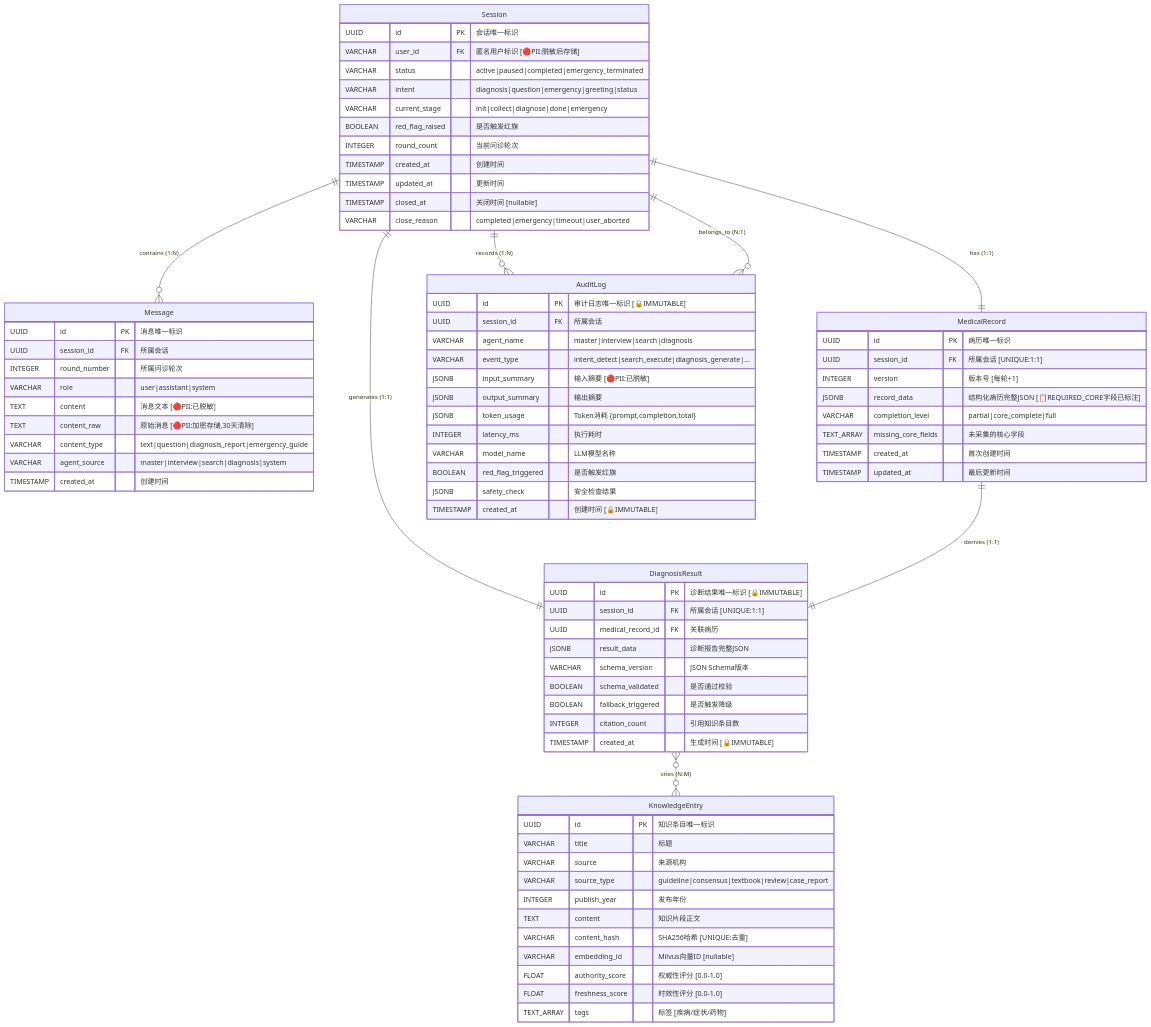
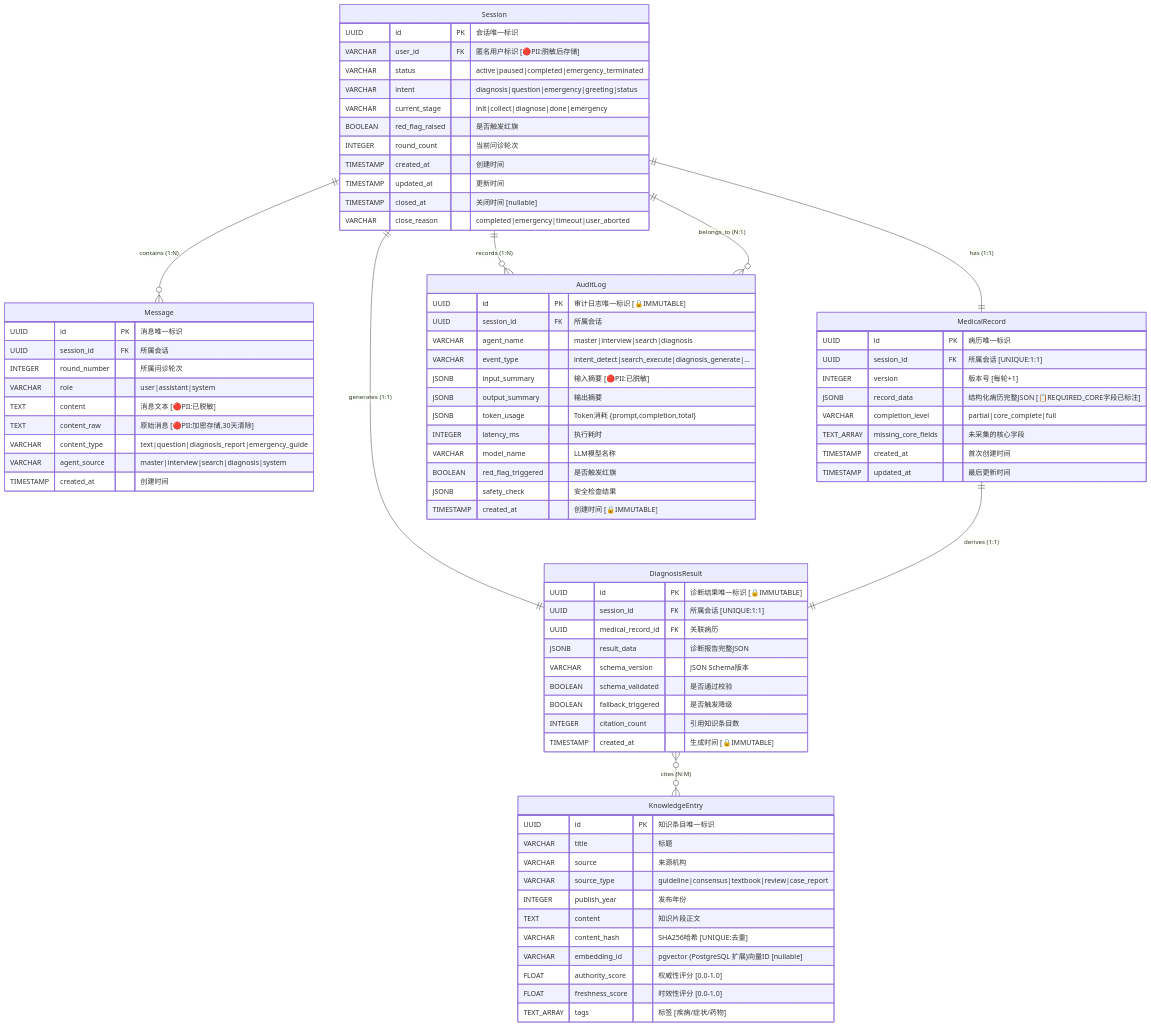
One commit to Trask-dev/medical-qa changed the first of 5 diagrams in docs/SDD-01-领域建模与数据结构设计.md. Above: the diagram before and after it, drawn with Mermaid. The commit also changed other lines of this file and 29 other files, not shown here.

```diff
--- a/docs/SDD-01-领域建模与数据结构设计.md
+++ b/docs/SDD-01-领域建模与数据结构设计.md
@@ -492,7 +492,7 @@
         INTEGER publish_year "发布年份"
         TEXT content "知识片段正文"
         VARCHAR content_hash "SHA256哈希 [UNIQUE:去重]"
-        VARCHAR embedding_id "Milvus向量ID [nullable]"
+        VARCHAR embedding_id "pgvector (PostgreSQL 扩展)向量ID [nullable]"
         FLOAT authority_score "权威性评分 [0.0-1.0]"
         FLOAT freshness_score "时效性评分 [0.0-1.0]"
         TEXT_ARRAY tags "标签 [疾病/症状/药物]"
```
